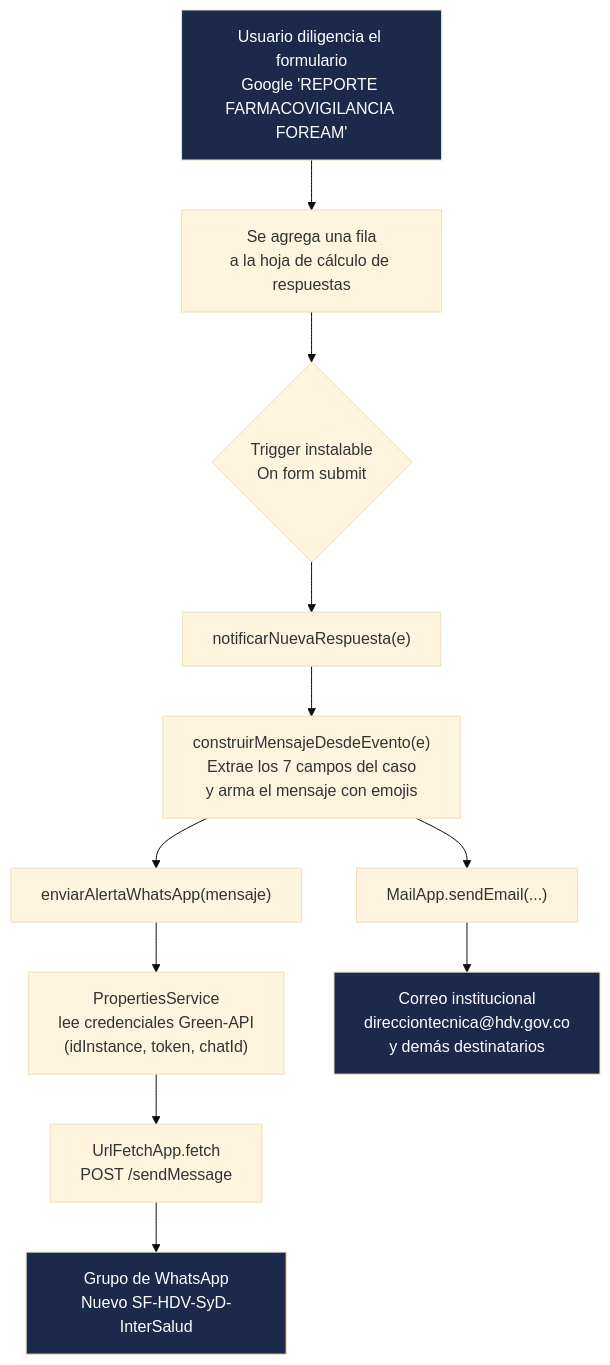
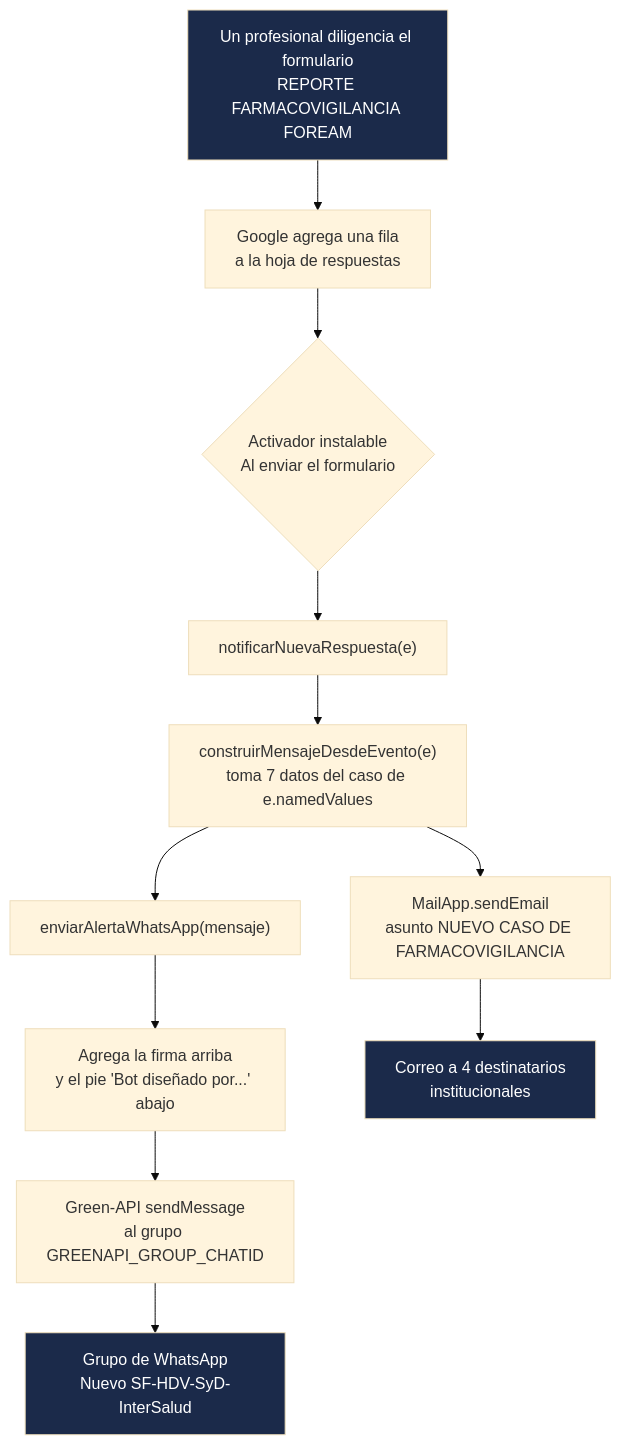
One commit to jsaavedran1-glitch/alertas-whatsapp-farmacovigilancia changed the diagram in README.md. Above: the diagram before and after it, drawn with Mermaid (base theme). The commit also changed other lines of this file and 1 other file, not shown here.

First line of the commit message:
Documentar el flujo completo del bot en el README

````diff
--- a/README.md
+++ b/README.md
@@ -16,17 +14,17 @@
 ```mermaid
 flowchart TD
-    A["Usuario diligencia el formulario\nGoogle 'REPORTE FARMACOVIGILANCIA FOREAM'"] --> B["Se agrega una fila\na la hoja de cálculo de respuestas"]
-    B --> C{"Trigger instalable\nOn form submit"}
+    A["Un profesional diligencia el formulario<br/>REPORTE FARMACOVIGILANCIA FOREAM"] --> B["Google agrega una fila<br/>a la hoja de respuestas"]
+    B --> C{"Activador instalable<br/>Al enviar el formulario"}
     C --> D["notificarNuevaRespuesta(e)"]
-    D --> E["construirMensajeDesdeEvento(e)\nExtrae los 7 campos del caso\ny arma el mensaje con emojis"]
+    D --> E["construirMensajeDesdeEvento(e)<br/>toma 7 datos del caso de e.namedValues"]
     E --> F["enviarAlertaWhatsApp(mensaje)"]
-    E --> G["MailApp.sendEmail(...)"]
-    F --> H["PropertiesService\nlee credenciales Green-API\n(idInstance, token, chatId)"]
-    H --> I["UrlFetchApp.fetch\nPOST /sendMessage"]
-    I --> J["Grupo de WhatsApp\nNuevo SF-HDV-SyD-InterSalud"]
-    G --> K["Correo institucional\ndirecciontecnica@hdv.gov.co\ny demás destinatarios"]
+    F --> G["Agrega la firma arriba<br/>y el pie 'Bot diseñado por...' abajo"]
+    G --> H["Green-API sendMessage<br/>al grupo GREENAPI_GROUP_CHATID"]
+    H --> I["Grupo de WhatsApp<br/>Nuevo SF-HDV-SyD-InterSalud"]
+    E --> J["MailApp.sendEmail<br/>asunto NUEVO CASO DE FARMACOVIGILANCIA"]
+    J --> K["Correo a 4 destinatarios<br/>institucionales"]
 
     style A fill:#1b2a4a,color:#fff
-    style J fill:#1b2a4a,color:#fff
+    style I fill:#1b2a4a,color:#fff
     style K fill:#1b2a4a,color:#fff
 ```
````
